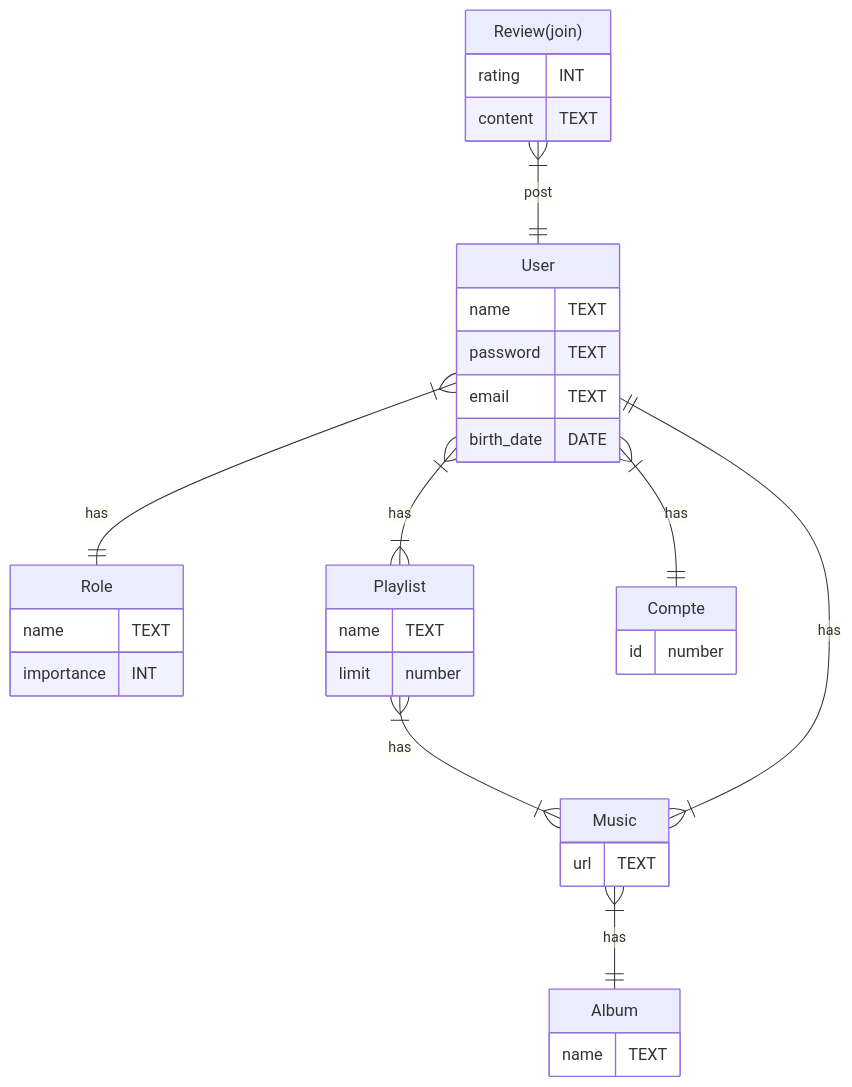
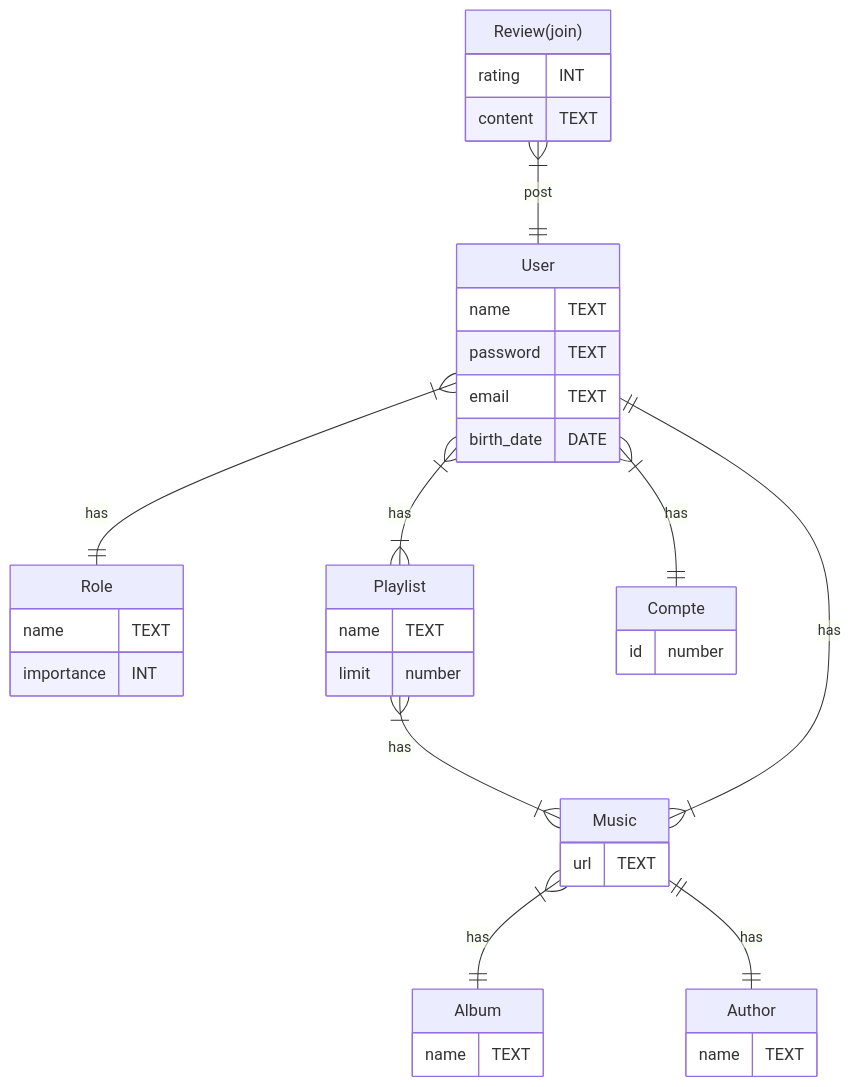
The diagram in README.md (ThomasMoire/Spoutoufy), drawn with Mermaid before and after one commit.

````diff
--- a/README.md
+++ b/README.md
@@ -23,41 +23,43 @@
 ```mermaid
 erDiagram
     Album{
         name TEXT
     }
     Review["Review(join)"]{
         rating INT
         content TEXT
     }
     
     User{
         name TEXT
         password TEXT
         email TEXT
         birth_date DATE
     }
     Music{
         url TEXT
     }
     Role{
         name TEXT
         importance INT
     }
     Playlist{
         name TEXT
         limit number
     }
     Compte{
         id number
+    }
+    Author{
+        name TEXT
     }   
 
     Music }|--|| Album : has
-
-    
     Review }|--|| User : post
     Playlist }|--}| Music : has
     User }|--}| Playlist : has
     User ||--|{ Music : has
     User }|--|| Role : has
     User }|--|| Compte : has
+    Music ||--|| Author : has
 ```
````
